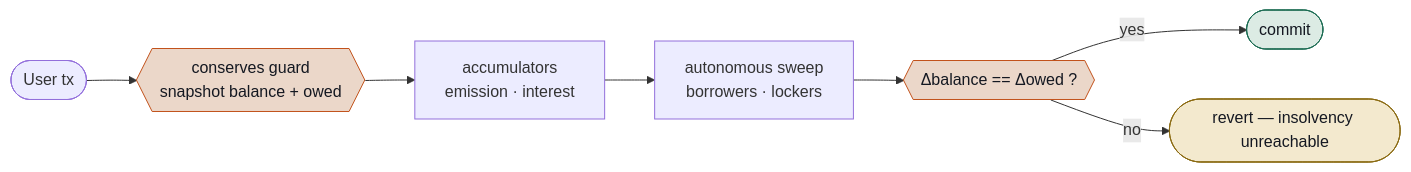
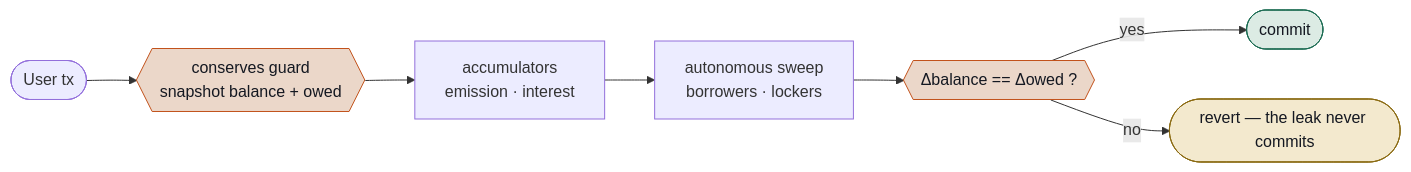
One commit to blazephoenixxyz-crypto/Blaze-Phoenix-Staking changed the diagram in README.md. Above: the diagram before and after it, drawn with Mermaid. The commit also changed other lines of this file and 27 other files, not shown here.

````diff
--- a/README.md
+++ b/README.md
@@ -28,14 +28,14 @@
 ```mermaid
 flowchart LR
     U([User tx]) --> G{{"conserves guard<br/>snapshot balance + owed"}}
     G --> A["accumulators<br/>emission · interest"]
     A --> M["autonomous sweep<br/>borrowers · lockers"]
     M --> C{{"Δbalance == Δowed ?"}}
     C -->|yes| OK([commit])
-    C -->|no| RV([revert — insolvency unreachable])
+    C -->|no| RV([revert — the leak never commits])
 
     style G fill:#EBD7C9,stroke:#C2521B,color:#141821
     style C fill:#EBD7C9,stroke:#C2521B,color:#141821
     style RV fill:#F3E9CE,stroke:#8A6A12,color:#141821
     style OK fill:#DCEBE4,stroke:#1B6B52,color:#141821
 ```
````
